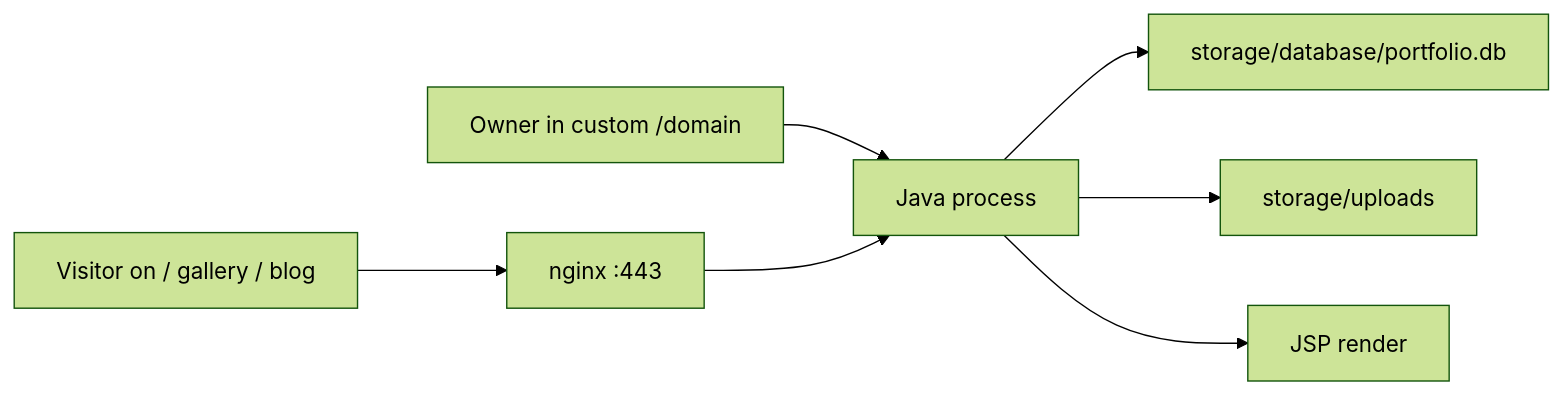
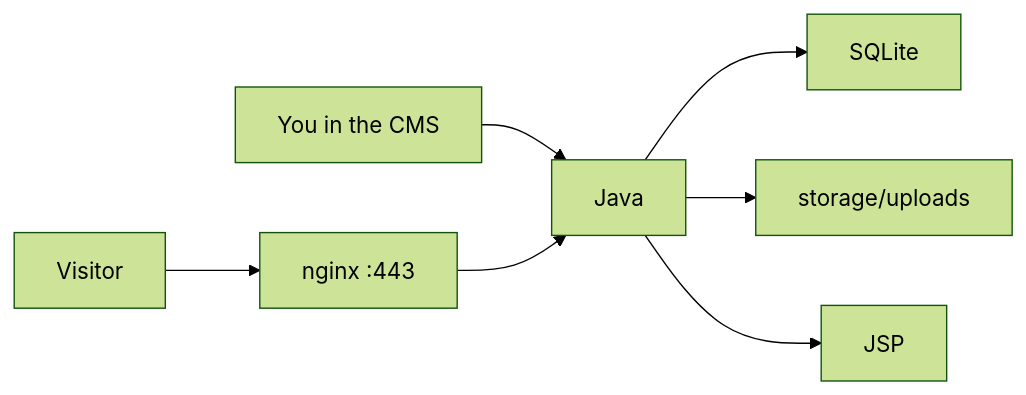
One commit to Coffet/PersonalPortfolioWebsite changed the diagram in README.md. Above: the diagram before and after it, drawn with Mermaid (forest theme). The commit also changed other lines of this file and 2 other files, not shown here.

Commit message:
Refactor README and LOCAL_CHECK documentation to clarify local setup instructions, CMS path, and environment variable configuration. Emphasize the importance of not including default passwords in git and provide clearer guidance on running the application locally.

````diff
--- a/README.md
+++ b/README.md
@@ -117,9 +225,9 @@
 ```mermaid
 flowchart LR
-  Owner["Owner in custom /domain"] --> War["Java process"]
-  War --> Db["storage/database/portfolio.db"]
+  Owner["You in the CMS"] --> War["Java"]
+  War --> Db["SQLite"]
   War --> Files["storage/uploads"]
-  Visitor["Visitor on / gallery / blog"] --> Nginx["nginx :443"]
+  Visitor["Visitor"] --> Nginx["nginx :443"]
   Nginx --> War
-  War --> Jsp["JSP render"]
+  War --> Jsp["JSP"]
 ```
````
